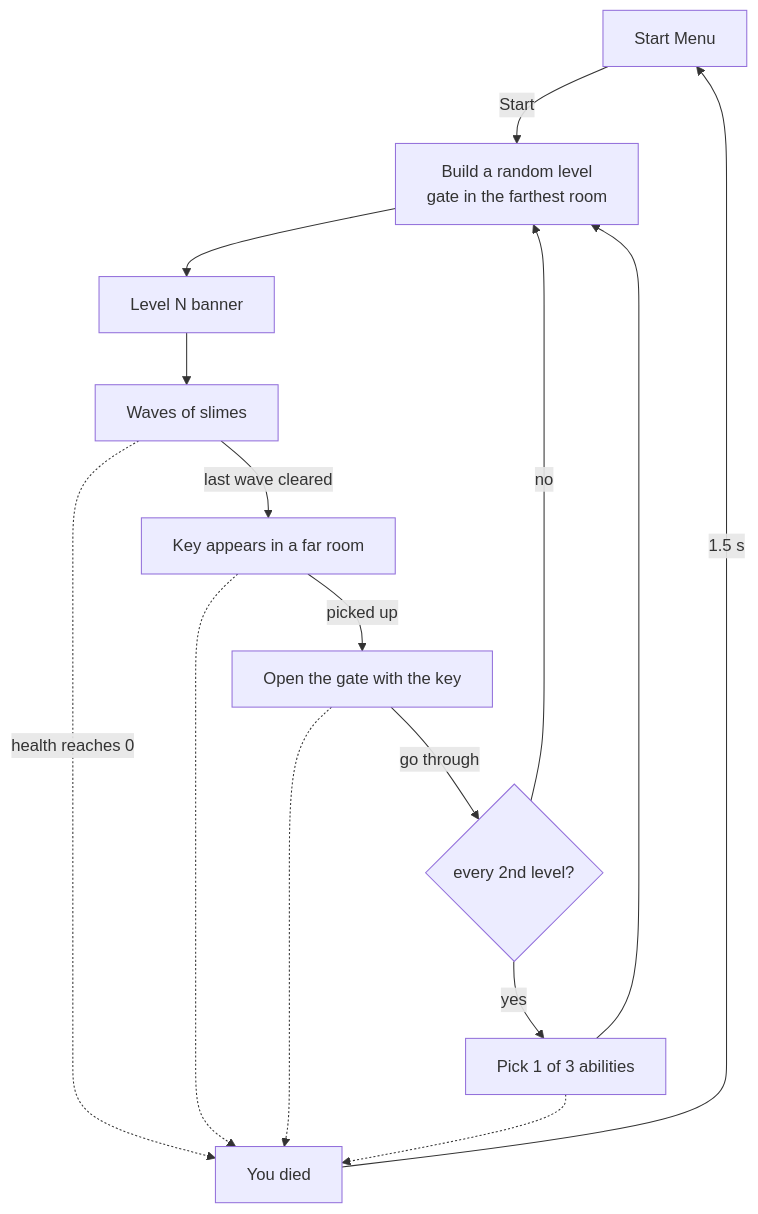
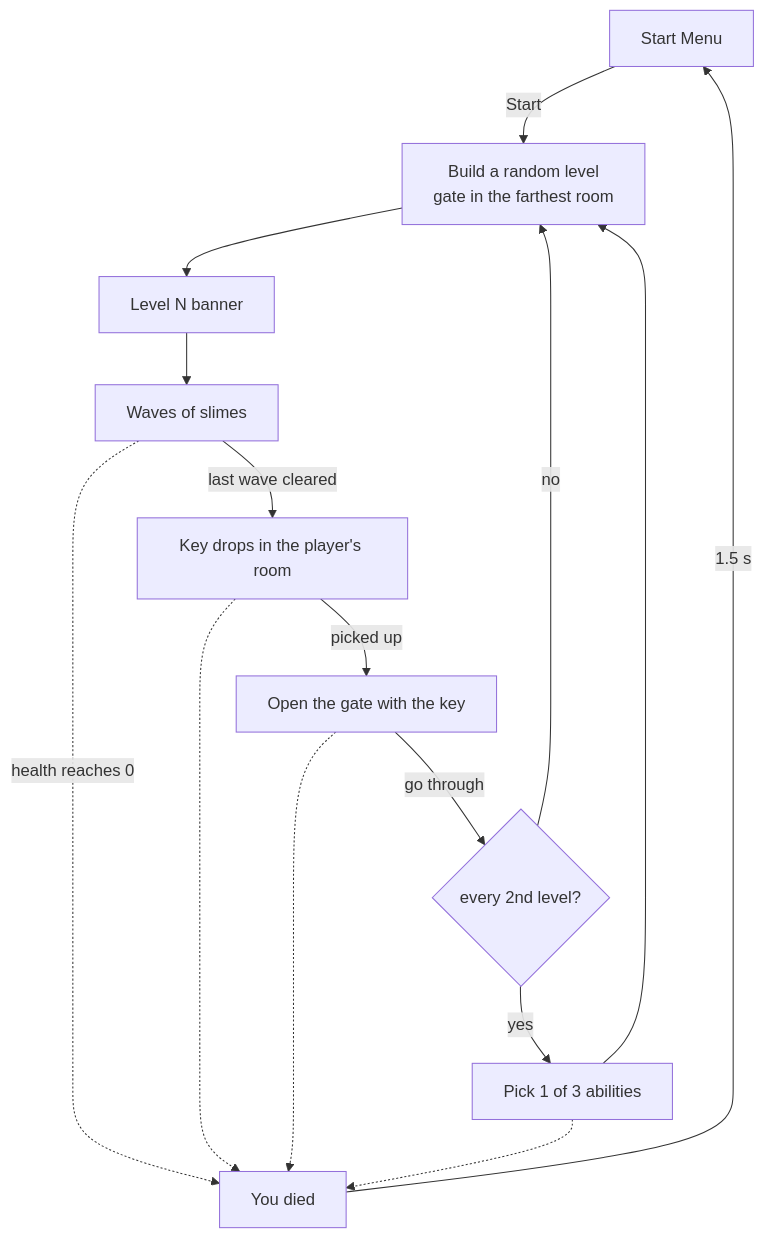
The diagram in Obsidian/Systems/Game Loop.md (Chidra20/gyarte), drawn with Mermaid before and after one commit. The commit also changed other lines of this file and 35 other files, not shown here.

````diff
--- a/Obsidian/Systems/Game Loop.md
+++ b/Obsidian/Systems/Game Loop.md
@@ -11,17 +11,17 @@
 ```mermaid
 flowchart TD
     Menu[Start Menu] -->|Start| Build
     Build[Build a random level<br/>gate in the farthest room] --> Banner[Level N banner]
     Banner --> Waves[Waves of slimes]
-    Waves -->|last wave cleared| Key[Key appears in a far room]
+    Waves -->|last wave cleared| Key[Key drops in the player's room]
     Key -->|picked up| Gate[Open the gate with the key]
     Gate -->|go through| Choice{every 2nd level?}
     Choice -->|yes| Pick[Pick 1 of 3 abilities]
     Choice -->|no| Build
     Pick --> Build
     Waves -.->|health reaches 0| Dead[You died]
     Key -.-> Dead
     Gate -.-> Dead
     Pick -.-> Dead
     Dead -->|1.5 s| Menu
 ```
````
